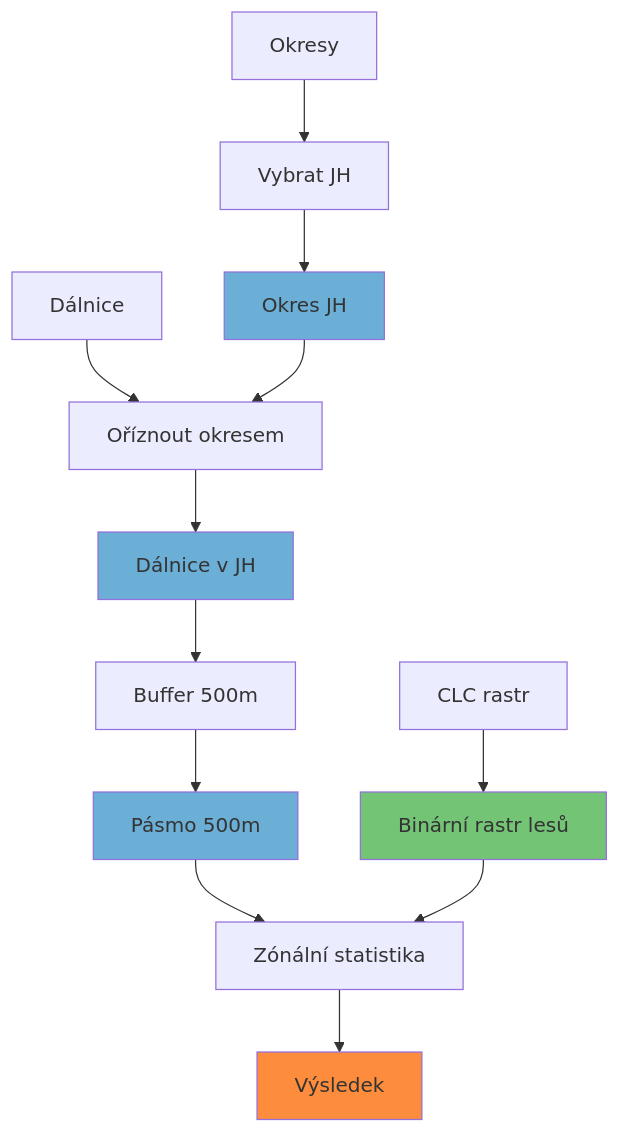
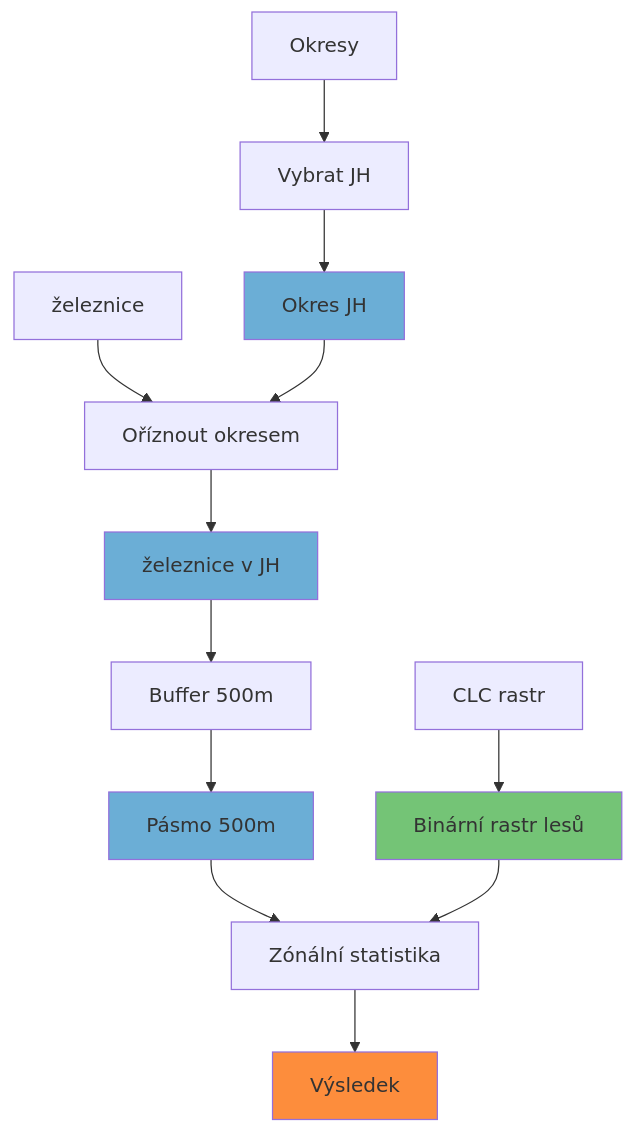
One commit to vojta-bartak/Programovani_pro_GIS_a_DPZ changed the first of 3 diagrams in lessons/lesson_01.qmd. Above: the diagram before and after it, drawn with Mermaid. The commit also changed other lines of this file and 8 other files, not shown here.

````diff
--- a/lessons/lesson_01.qmd
+++ b/lessons/lesson_01.qmd
@@ -189,23 +189,23 @@
 ```{mermaid}
 %%| fig-cap: "Workflow analytického postupu"
 %%| label: fig-workflow
 
 flowchart TD
     A[Okresy] --> B[Vybrat JH]
     B --> C[Okres JH]
-    D[Dálnice] --> E[Oříznout okresem]
+    D[železnice] --> E[Oříznout okresem]
     C --> E
-    E --> F[Dálnice v JH]
+    E --> F[železnice v JH]
     F --> G[Buffer 500m]
     G --> H[Pásmo 500m]
     I[CLC rastr] --> J[Binární rastr lesů]
     H --> K[Zónální statistika]
     J --> K
     K --> L[Výsledek]
     
     style C fill:#6baed6
     style F fill:#6baed6
     style H fill:#6baed6
     style J fill:#74c476
     style L fill:#fd8d3c
 ```
````
